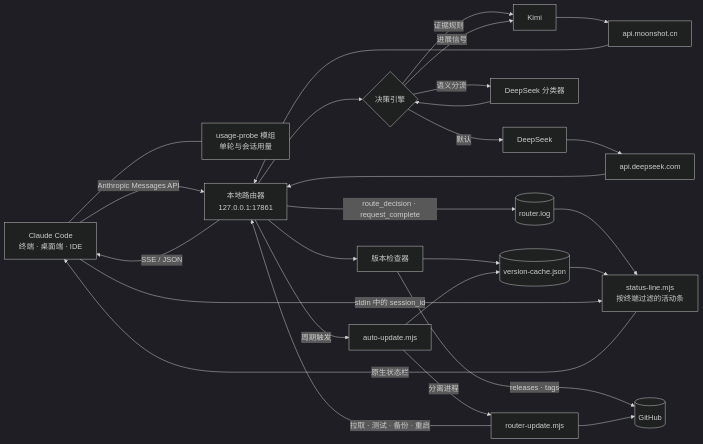
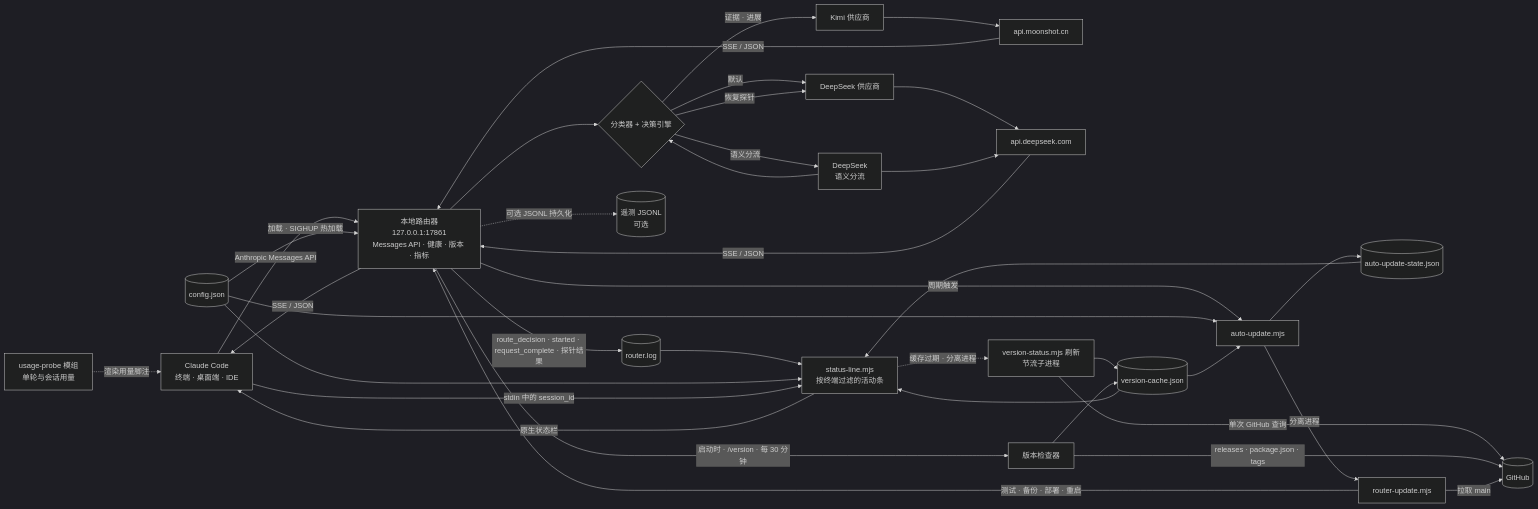
One commit to dragonxia-ctrl/claude-model-router changed the diagram in README.zh-CN.md. Above: the diagram before and after it, drawn with Mermaid (dark theme). The commit also changed other lines of this file and 3 other files, not shown here.

First line of the commit message:
docs: complete and correct the architecture map (#12)

````diff
--- a/README.zh-CN.md
+++ b/README.zh-CN.md
@@ -63,46 +63,60 @@
 ```mermaid
 flowchart LR
     CC[Claude Code<br/>终端 · 桌面端 · IDE]
     MOD[usage-probe 模组<br/>单轮与会话用量]
-    R[本地路由器<br/>127.0.0.1:17861]
-    DE{决策引擎}
-    K[Kimi]
-    DS[DeepSeek]
-    CL[DeepSeek 分类器]
+    R[本地路由器<br/>127.0.0.1:17861<br/>Messages API · 健康 · 版本 · 指标]
+    CFG[(config.json)]
+    DE{分类器 + 决策引擎}
+    K[Kimi 供应商]
+    DS[DeepSeek 供应商]
+    CL[DeepSeek<br/>语义分流]
     MOON[api.moonshot.cn]
     DEEP[api.deepseek.com]
     LOG[(router.log)]
+    TEL[(遥测 JSONL<br/>可选)]
     VC[(version-cache.json)]
+    ASTATE[(auto-update-state.json)]
     SL[status-line.mjs<br/>按终端过滤的活动条]
+    VREF[version-status.mjs 刷新<br/>节流子进程]
     VCHK[版本检查器]
     AU[auto-update.mjs]
     UP[router-update.mjs]
     GH[(GitHub)]
 
     CC -->|Anthropic Messages API| R
-    CC --- MOD
+    MOD -.->|渲染用量脚注| CC
+    CFG -->|加载 · SIGHUP 热加载| R
     R --> DE
-    DE -->|证据规则| K
     DE -->|默认| DS
-    DE -->|进展信号| K
+    DE -->|证据 · 进展| K
+    DE -->|恢复探针| DS
     DE -->|语义分流| CL
     CL --> DE
     K --> MOON
     DS --> DEEP
-    MOON --> R
-    DEEP --> R
+    CL --> DEEP
+    MOON -->|SSE / JSON| R
+    DEEP -->|SSE / JSON| R
     R -->|SSE / JSON| CC
-    R -->|route_decision · request_complete| LOG
+    R -->|route_decision · started · request_complete · 探针结果| LOG
+    R -.->|可选 JSONL 持久化| TEL
     LOG --> SL
+    CFG --> SL
     VC --> SL
+    ASTATE --> SL
     CC -->|stdin 中的 session_id| SL
     SL -->|原生状态栏| CC
-    R --> VCHK
-    VCHK -->|releases · tags| GH
+    SL -.->|缓存过期 · 分离进程| VREF
+    VREF -->|单次 GitHub 查询| GH
+    VREF --> VC
+    R -->|启动时 · /version · 每 30 分钟| VCHK
+    VCHK -->|releases · package.json · tags| GH
     VCHK --> VC
     R -->|周期触发| AU
+    CFG --> AU
+    VC --> AU
     AU -->|分离进程| UP
-    UP -->|拉取 · 测试 · 备份 · 重启| R
-    UP --> GH
-    AU --> VC
+    AU --> ASTATE
+    UP -->|拉取 main| GH
+    UP -->|测试 · 备份 · 部署 · 重启| R
 ```
````
